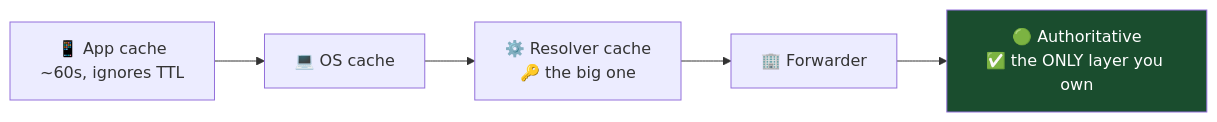
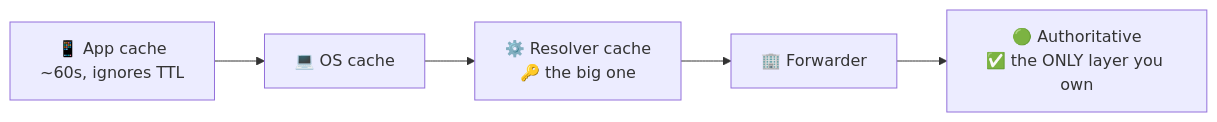
Before and after one commit to muhammedsiinanmp/system-design-mastery: the third of 9 diagrams in 03-networking/01-dns/README.md, drawn with Mermaid. The commit also changed other lines of this file, not shown here.

Commit message:
docs(networking): drop mermaid style directives for house consistency

````diff
--- a/03-networking/01-dns/README.md
+++ b/03-networking/01-dns/README.md
@@ -183,8 +183,7 @@
 ```mermaid
 flowchart LR
     App["📱 App cache<br/>~60s, ignores TTL"] --> OS["💻 OS cache"]
     OS --> Rec["⚙️ Resolver cache<br/>🔑 the big one"]
     Rec --> Fwd["🏢 Forwarder"]
     Fwd --> Auth["🟢 Authoritative<br/>✅ the ONLY layer you own"]
-    style Auth fill:#1a4d2e,color:#fff
 ```
````
